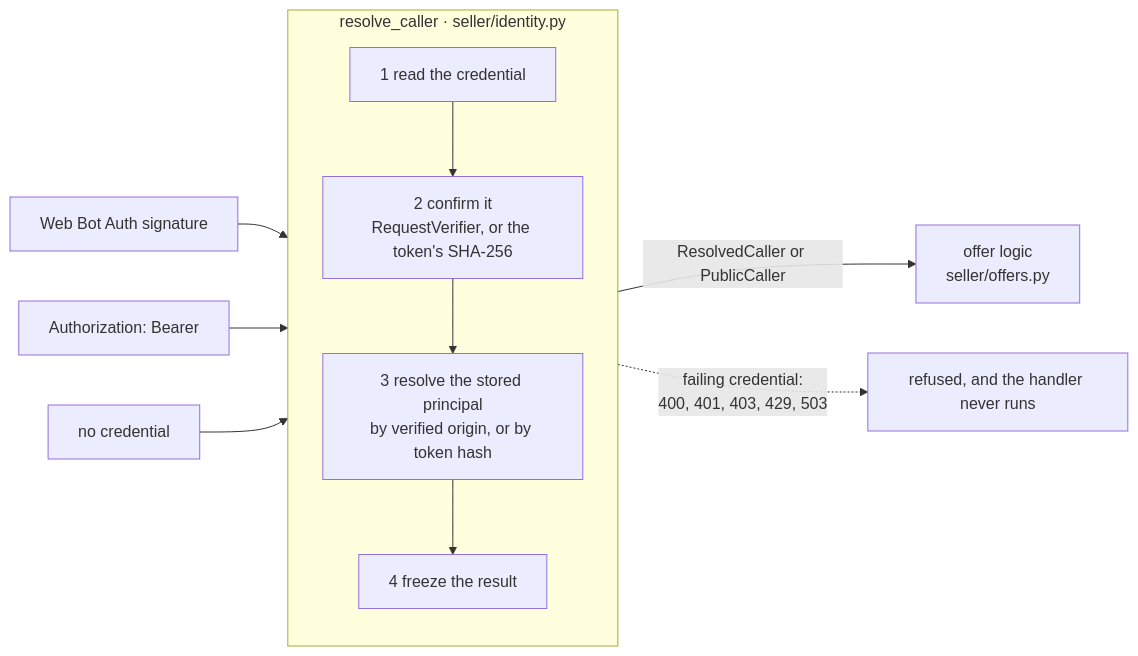
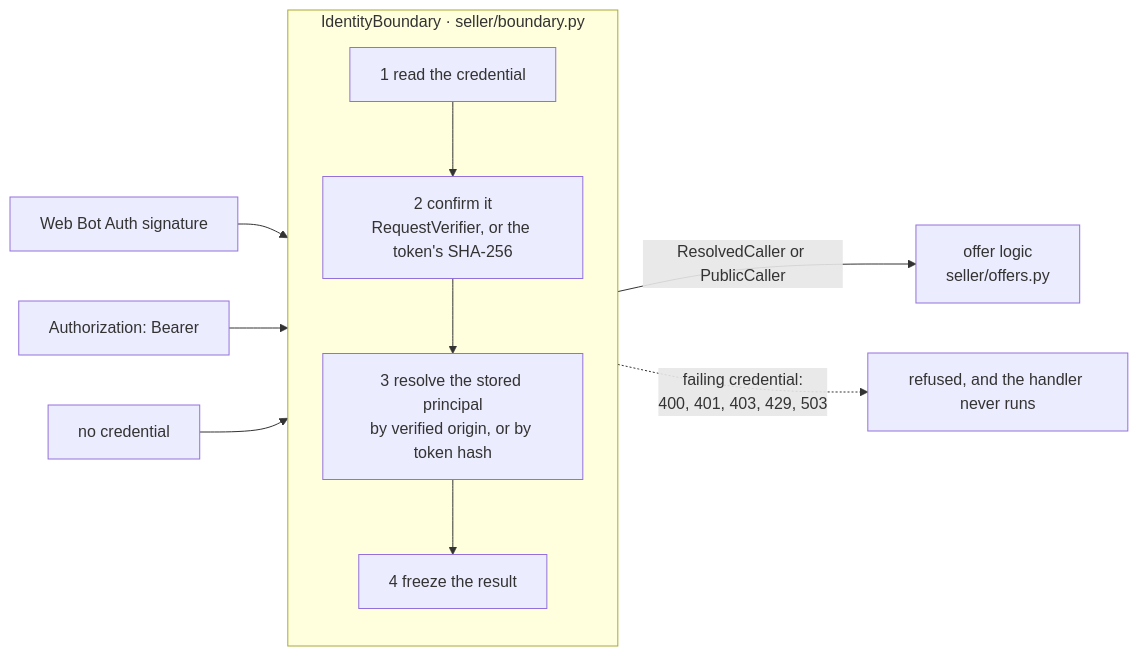
The second of 7 diagrams in README.md (KonstantinMirin/openproposal-web-bot-auth), drawn with Mermaid before and after one commit. The commit also changed other lines of this file and 39 other files, not shown here.

````diff
--- a/README.md
+++ b/README.md
@@ -56,14 +56,14 @@
 ```mermaid
 flowchart LR
     W[Web Bot Auth signature] --> R
     T[Authorization: Bearer] --> R
     N[no credential] --> R
-    subgraph R["resolve_caller · seller/identity.py"]
+    subgraph R["IdentityBoundary · seller/boundary.py"]
         direction TB
         R1[1 read the credential] --> R2[2 confirm it<br/>RequestVerifier, or the token's SHA-256]
         R2 --> R3[3 resolve the stored principal<br/>by verified origin, or by token hash]
         R3 --> R4[4 freeze the result]
     end
     R4 -- "ResolvedCaller or PublicCaller" --> L[offer logic<br/>seller/offers.py]
     R2 -. "failing credential:<br/>400, 401, 403, 429, 503" .-> X["refused, and the handler never runs"]
 ```
````
